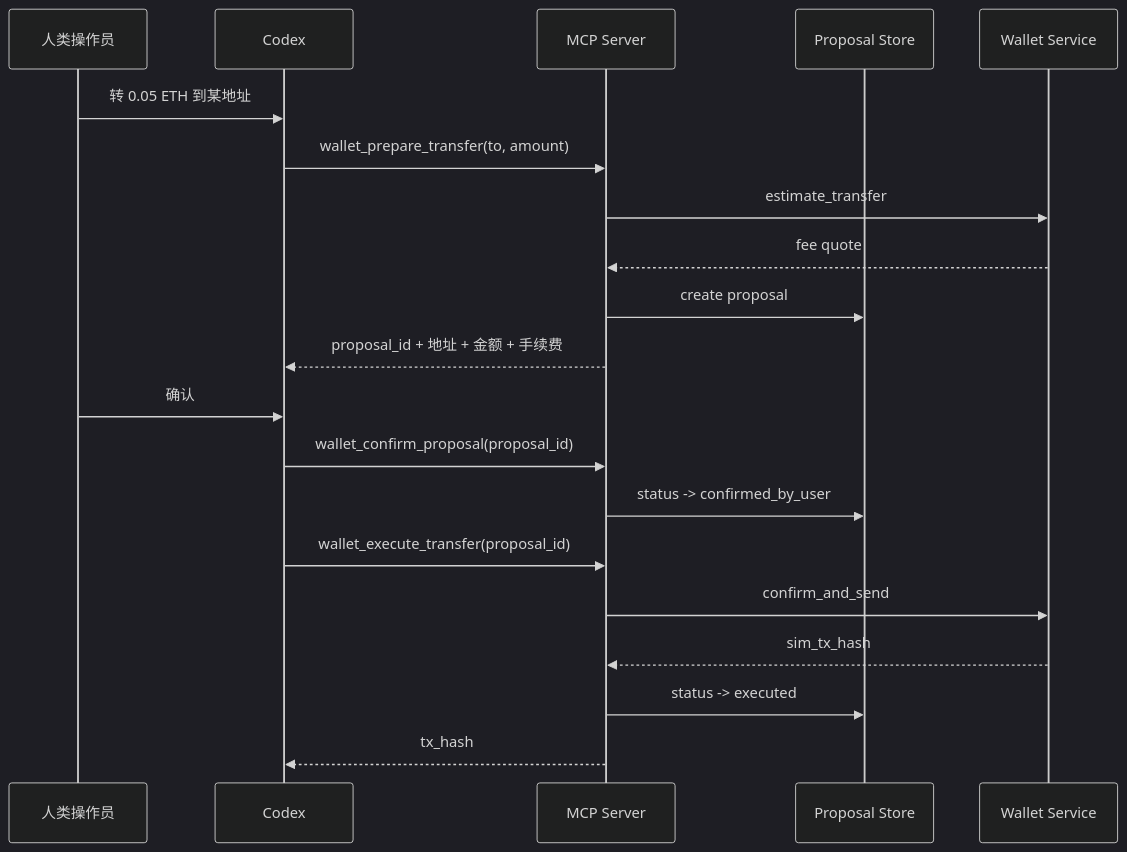
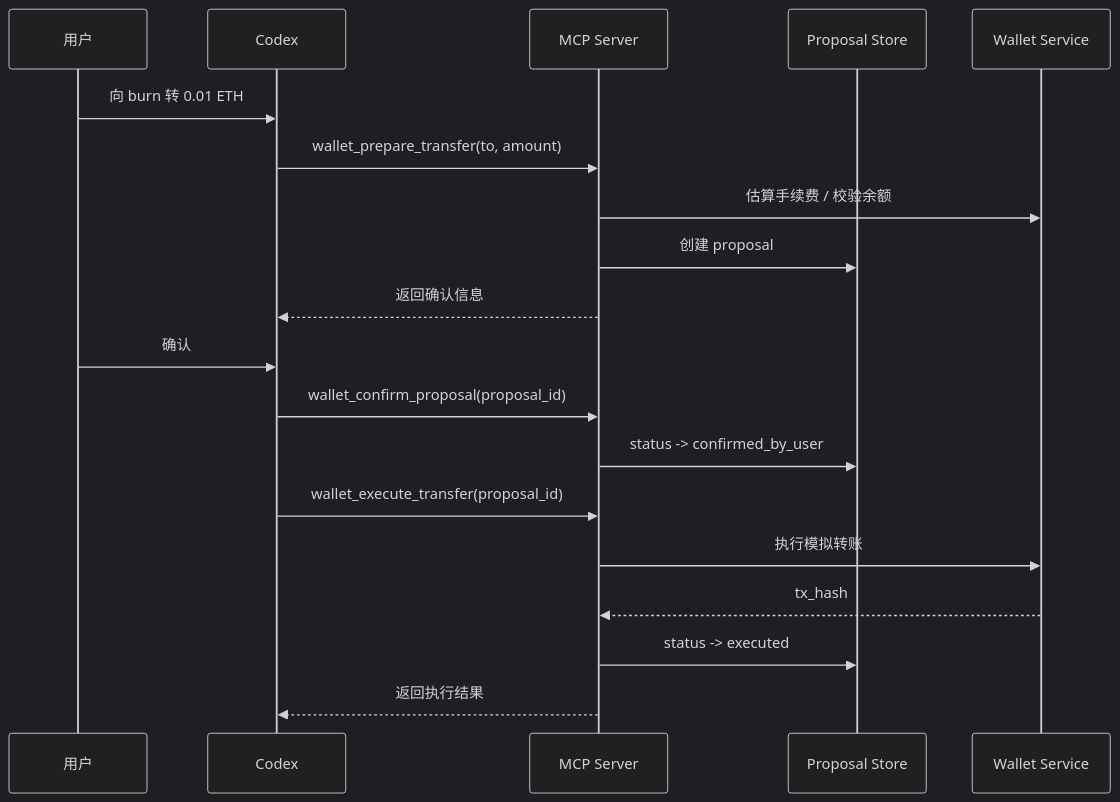
Before and after one commit to WilliamHJF/cobo-mcp: the second of 3 diagrams in docs/architecture.md, drawn with Mermaid (dark theme). The commit also changed other lines of this file and 28 other files, not shown here.

````diff
--- a/docs/architecture.md
+++ b/docs/architecture.md
@@ -389,24 +148,23 @@
 ```mermaid
 sequenceDiagram
-    participant H as 人类操作员
+    participant H as 用户
     participant C as Codex
     participant M as MCP Server
-    participant F as Proposal Store
+    participant P as Proposal Store
     participant W as Wallet Service
 
-    H->>C: 转 0.05 ETH 到某地址
+    H->>C: 向 burn 转 0.01 ETH
     C->>M: wallet_prepare_transfer(to, amount)
-    M->>W: estimate_transfer
-    W-->>M: fee quote
-    M->>F: create proposal
-    M-->>C: proposal_id + 地址 + 金额 + 手续费
+    M->>W: 估算手续费 / 校验余额
+    M->>P: 创建 proposal
+    M-->>C: 返回确认信息
 
     H->>C: 确认
     C->>M: wallet_confirm_proposal(proposal_id)
-    M->>F: status -> confirmed_by_user
+    M->>P: status -> confirmed_by_user
     C->>M: wallet_execute_transfer(proposal_id)
-    M->>W: confirm_and_send
-    W-->>M: sim_tx_hash
-    M->>F: status -> executed
-    M-->>C: tx_hash
+    M->>W: 执行模拟转账
+    W-->>M: tx_hash
+    M->>P: status -> executed
+    M-->>C: 返回执行结果
 ```
````
